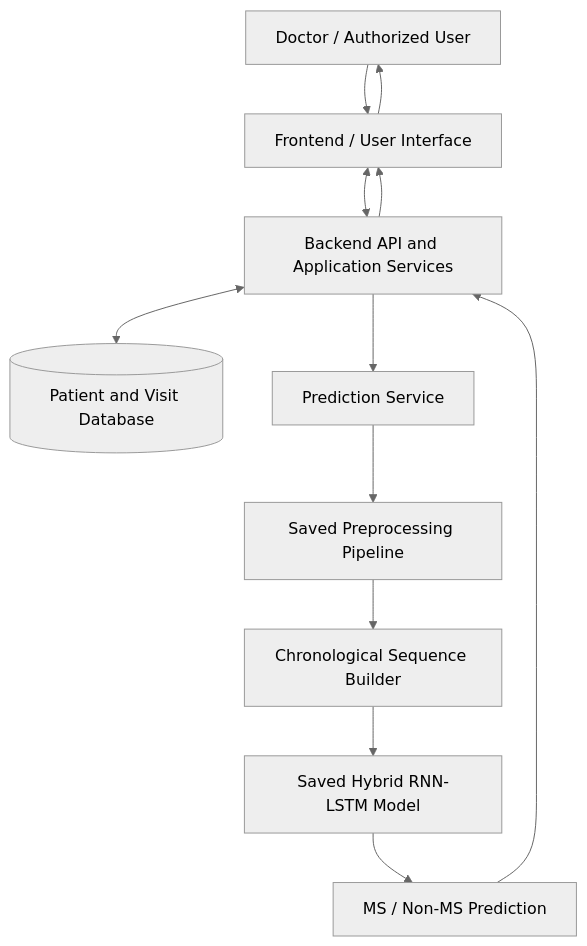
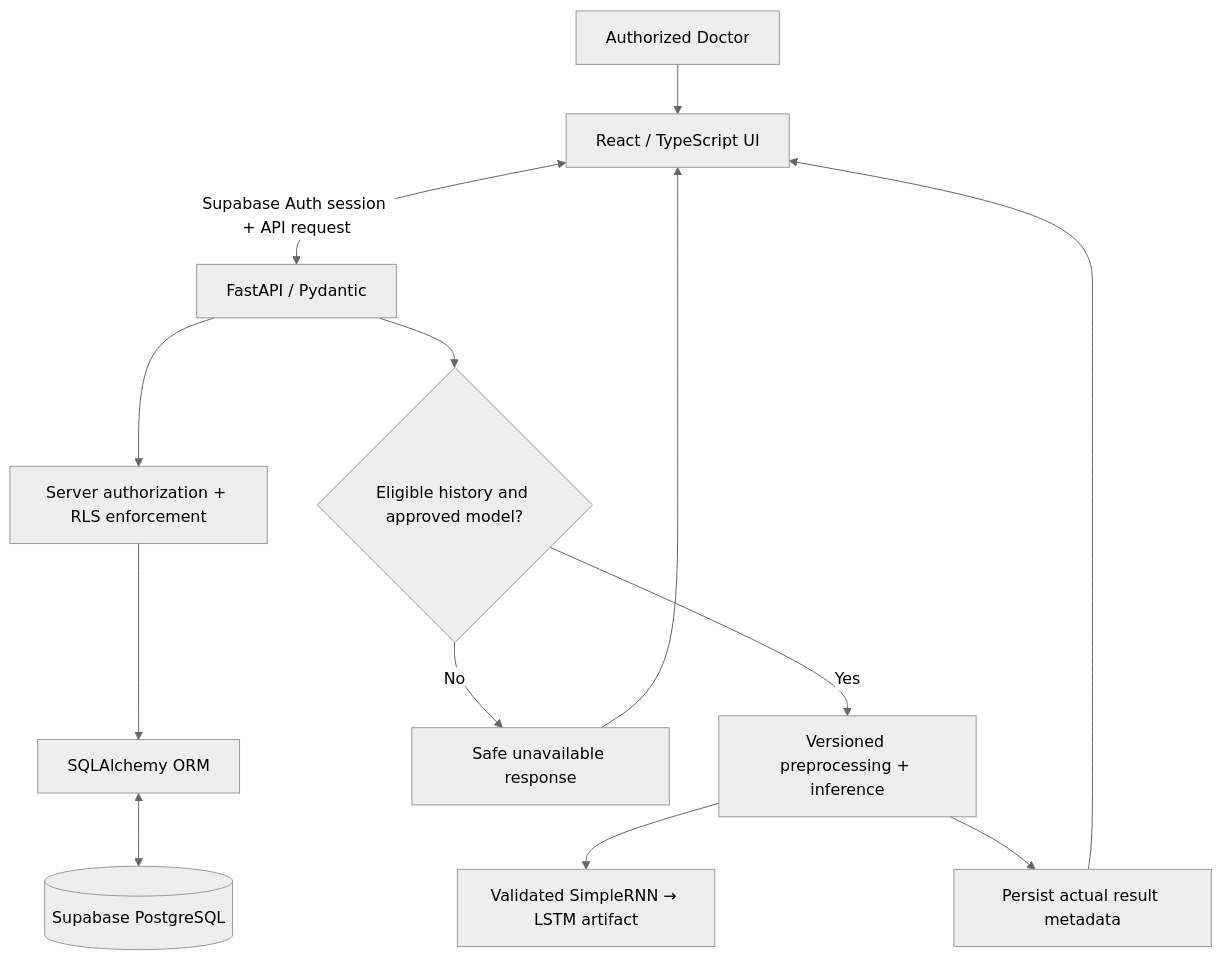
One commit to yashrajagawane/NeuroPredict-MS changed the diagram in MS_Prediction_Project_Handoff/07_SYSTEM_ARCHITECTURE.md. Above: the diagram before and after it, drawn with Mermaid (neutral theme). The commit also changed other lines of this file and 21 other files, not shown here.

````diff
--- a/MS_Prediction_Project_Handoff/07_SYSTEM_ARCHITECTURE.md
+++ b/MS_Prediction_Project_Handoff/07_SYSTEM_ARCHITECTURE.md
@@ -38,14 +61,15 @@
 ```mermaid
 flowchart TD
-    U[Doctor / Authorized User] --> UI[Frontend / User Interface]
-    UI <--> API[Backend API and Application Services]
-    API <--> DB[(Patient and Visit Database)]
-    API --> PS[Prediction Service]
-    PS --> PRE[Saved Preprocessing Pipeline]
-    PRE --> SEQ[Chronological Sequence Builder]
-    SEQ --> MODEL[Saved Hybrid RNN-LSTM Model]
-    MODEL --> OUT[MS / Non-MS Prediction]
-    OUT --> API
-    API --> UI
-    UI --> U
+    DOCTOR[Authorized Doctor] --> REACT[React / TypeScript UI]
+    REACT <-->|Supabase Auth session + API request| API[FastAPI / Pydantic]
+    API --> AUTHZ[Server authorization + RLS enforcement]
+    AUTHZ --> ORM[SQLAlchemy ORM]
+    ORM <--> DB[(Supabase PostgreSQL)]
+    API --> GATE{Eligible history and approved model?}
+    GATE -- No --> UNAVAILABLE[Safe unavailable response]
+    GATE -- Yes --> INFER[Versioned preprocessing + inference]
+    INFER --> ART[Validated SimpleRNN → LSTM artifact]
+    INFER --> HISTORY[Persist actual result metadata]
+    UNAVAILABLE --> REACT
+    HISTORY --> REACT
 ```
````
